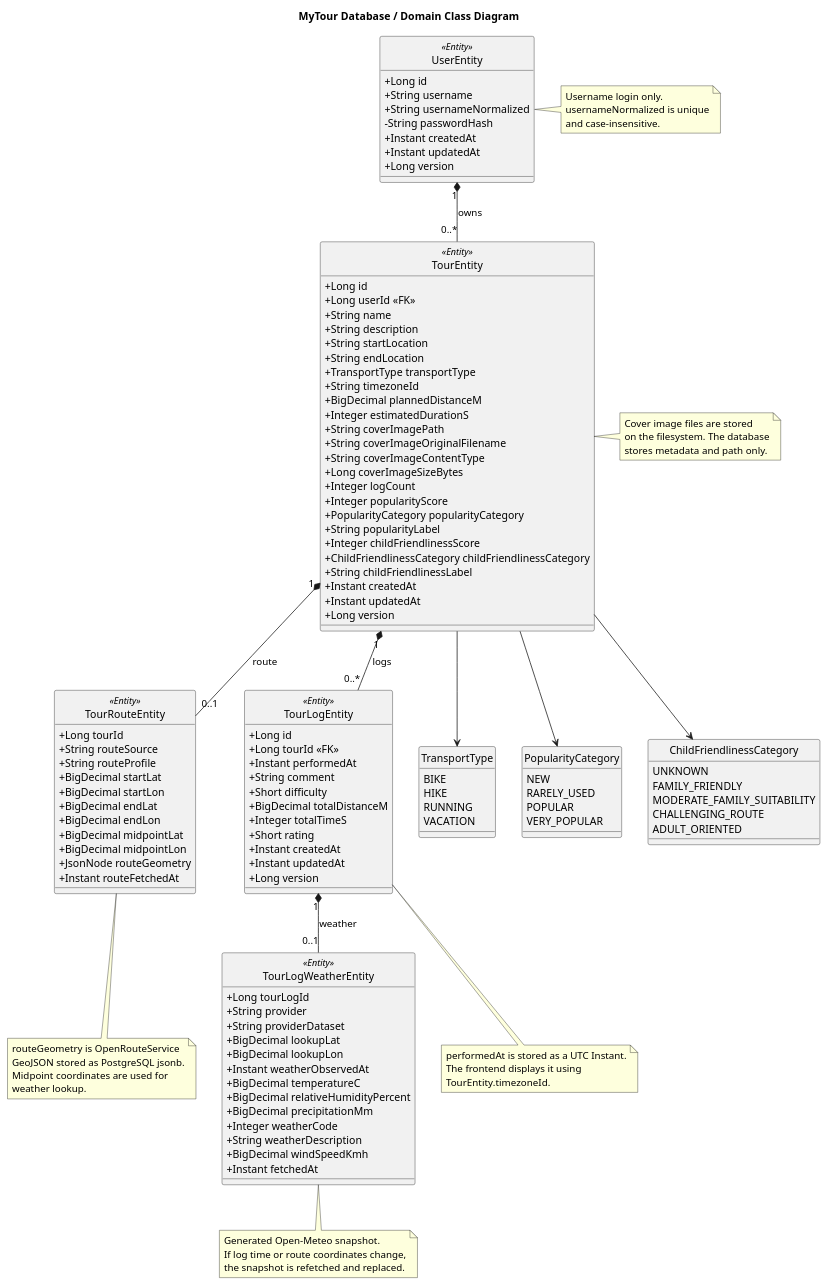
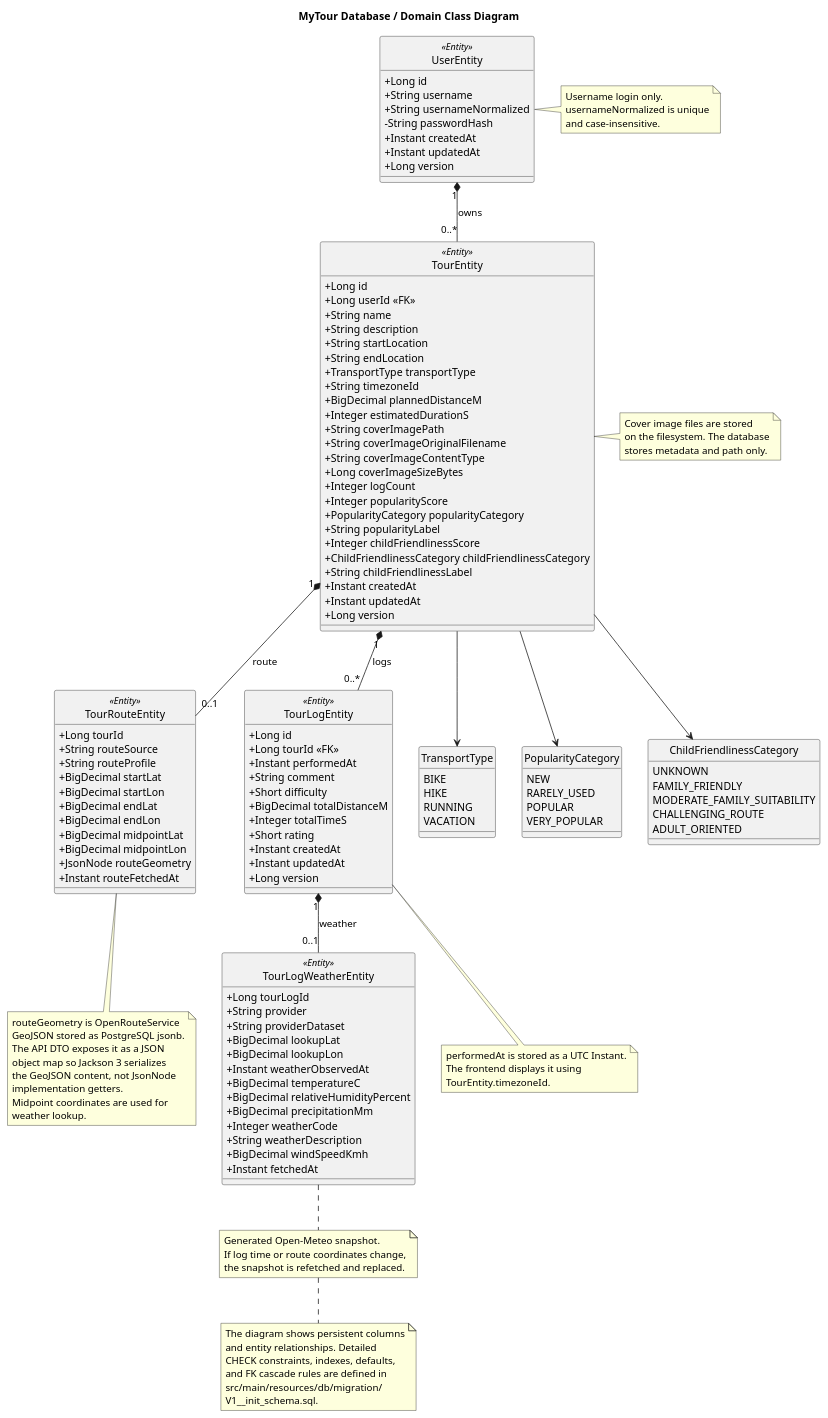
One commit to tarik-yilmaz/mytour-api changed the diagram in database-class-diagram.puml. Above: the diagram before and after it, drawn with PlantUML. The commit also changed 5 other files, not shown here.

```diff
--- a/database-class-diagram.puml
+++ b/database-class-diagram.puml
@@ -1,149 +1,162 @@
 @startuml
 skinparam classAttributeIconSize 0
 hide circle
 
 title MyTour Database / Domain Class Diagram
 
 class UserEntity <<Entity>> {
   +Long id
   +String username
   +String usernameNormalized
   -String passwordHash
   +Instant createdAt
   +Instant updatedAt
   +Long version
 }
 
 class TourEntity <<Entity>> {
   +Long id
   +Long userId <<FK>>
   +String name
   +String description
   +String startLocation
   +String endLocation
   +TransportType transportType
   +String timezoneId
   +BigDecimal plannedDistanceM
   +Integer estimatedDurationS
   +String coverImagePath
   +String coverImageOriginalFilename
   +String coverImageContentType
   +Long coverImageSizeBytes
   +Integer logCount
   +Integer popularityScore
   +PopularityCategory popularityCategory
   +String popularityLabel
   +Integer childFriendlinessScore
   +ChildFriendlinessCategory childFriendlinessCategory
   +String childFriendlinessLabel
   +Instant createdAt
   +Instant updatedAt
   +Long version
 }
 
 class TourRouteEntity <<Entity>> {
   +Long tourId
   +String routeSource
   +String routeProfile
   +BigDecimal startLat
   +BigDecimal startLon
   +BigDecimal endLat
   +BigDecimal endLon
   +BigDecimal midpointLat
   +BigDecimal midpointLon
   +JsonNode routeGeometry
   +Instant routeFetchedAt
 }
 
 class TourLogEntity <<Entity>> {
   +Long id
   +Long tourId <<FK>>
   +Instant performedAt
   +String comment
   +Short difficulty
   +BigDecimal totalDistanceM
   +Integer totalTimeS
   +Short rating
   +Instant createdAt
   +Instant updatedAt
   +Long version
 }
 
 class TourLogWeatherEntity <<Entity>> {
   +Long tourLogId
   +String provider
   +String providerDataset
   +BigDecimal lookupLat
   +BigDecimal lookupLon
   +Instant weatherObservedAt
   +BigDecimal temperatureC
   +BigDecimal relativeHumidityPercent
   +BigDecimal precipitationMm
   +Integer weatherCode
   +String weatherDescription
   +BigDecimal windSpeedKmh
   +Instant fetchedAt
 }
 
 enum TransportType {
   BIKE
   HIKE
   RUNNING
   VACATION
 }
 
 enum PopularityCategory {
   NEW
   RARELY_USED
   POPULAR
   VERY_POPULAR
 }
 
 enum ChildFriendlinessCategory {
   UNKNOWN
   FAMILY_FRIENDLY
   MODERATE_FAMILY_SUITABILITY
   CHALLENGING_ROUTE
   ADULT_ORIENTED
 }
 
 UserEntity "1" *-- "0..*" TourEntity : owns
 TourEntity "1" *-- "0..1" TourRouteEntity : route
 TourEntity "1" *-- "0..*" TourLogEntity : logs
 TourLogEntity "1" *-- "0..1" TourLogWeatherEntity : weather
 
 TourEntity --> TransportType
 TourEntity --> PopularityCategory
 TourEntity --> ChildFriendlinessCategory
 
 note right of UserEntity
 Username login only.
 usernameNormalized is unique
 and case-insensitive.
 end note
 
 note right of TourEntity
 Cover image files are stored
 on the filesystem. The database
 stores metadata and path only.
 end note
 
 note bottom of TourRouteEntity
 routeGeometry is OpenRouteService
 GeoJSON stored as PostgreSQL jsonb.
+The API DTO exposes it as a JSON
+object map so Jackson 3 serializes
+the GeoJSON content, not JsonNode
+implementation getters.
 Midpoint coordinates are used for
 weather lookup.
 end note
 
 note bottom of TourLogEntity
 performedAt is stored as a UTC Instant.
 The frontend displays it using
 TourEntity.timezoneId.
 end note
 
 note bottom of TourLogWeatherEntity
 Generated Open-Meteo snapshot.
 If log time or route coordinates change,
 the snapshot is refetched and replaced.
 end note
+
+note bottom
+The diagram shows persistent columns
+and entity relationships. Detailed
+CHECK constraints, indexes, defaults,
+and FK cascade rules are defined in
+src/main/resources/db/migration/
+V1__init_schema.sql.
+end note
 @enduml
```
